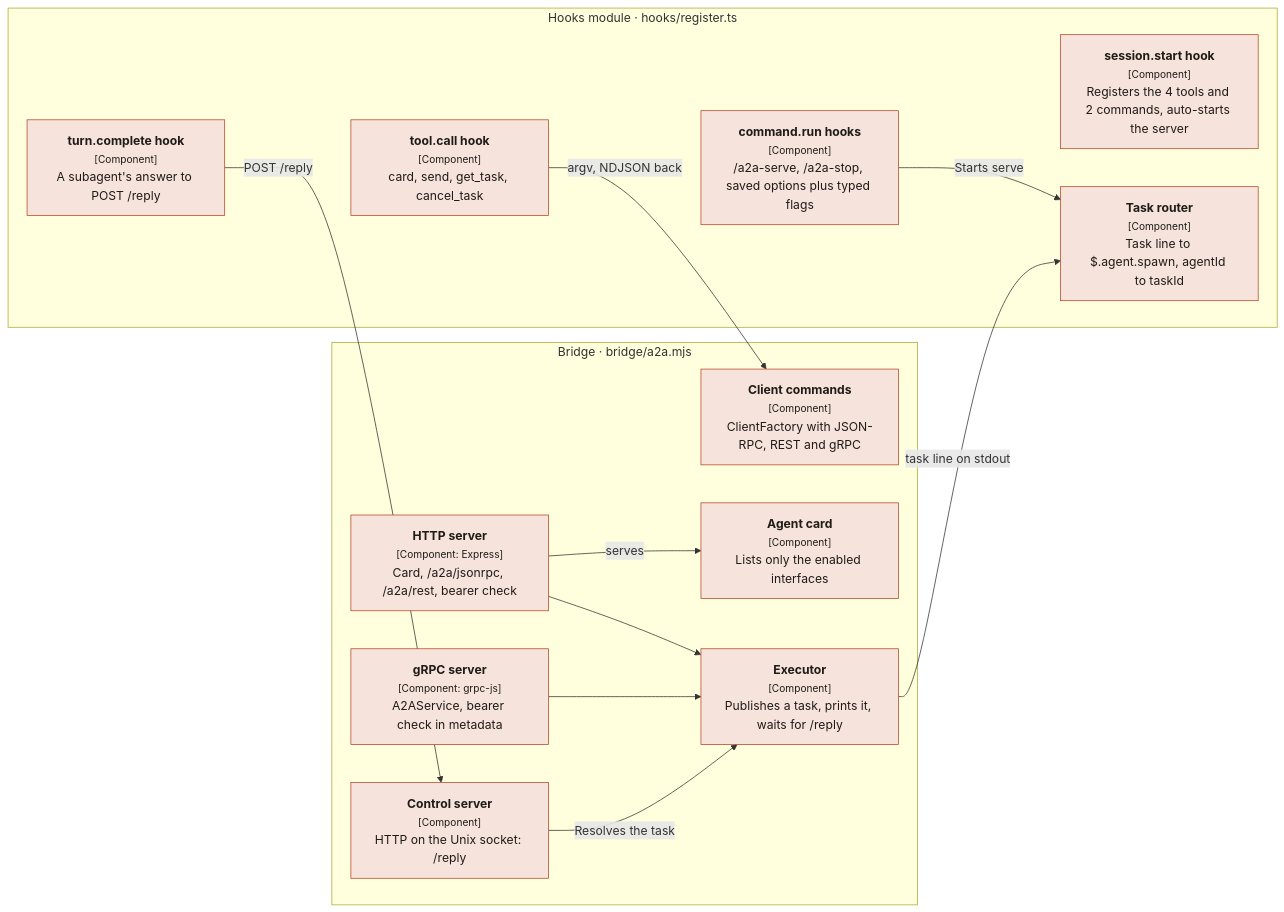
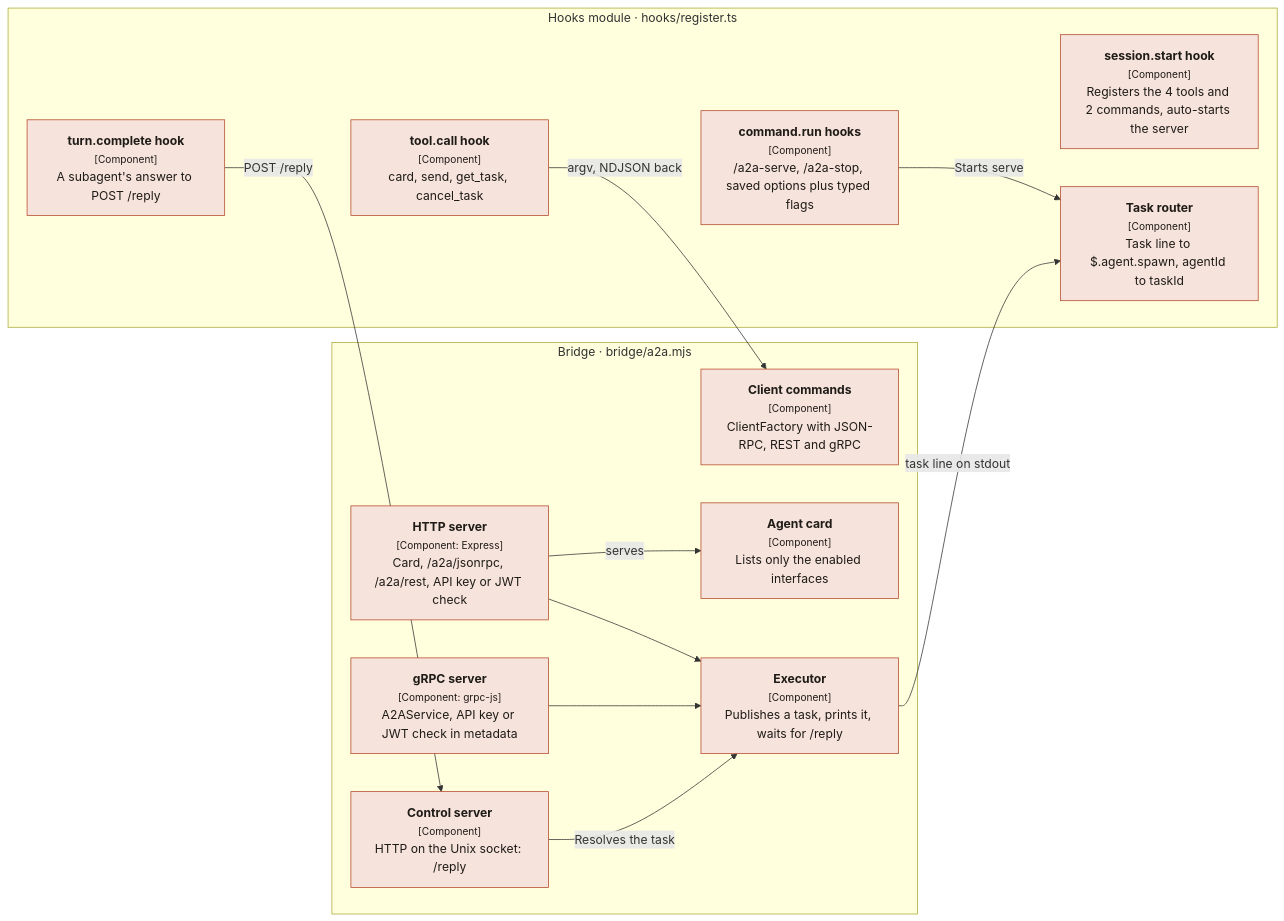
The third of 6 diagrams in docs/architecture.md (fulgas/claude-a2a), drawn with Mermaid before and after one commit. The commit also changed other lines of this file and 5 other files, not shown here.

````diff
--- a/docs/architecture.md
+++ b/docs/architecture.md
@@ -94,31 +94,31 @@
 ```mermaid
 flowchart LR
   subgraph mod["Hooks module · hooks/register.ts"]
     reg["<b>session.start hook</b><br/><small>[Component]</small><br/>Registers the 4 tools and 2 commands, auto-starts the server"]
     tools["<b>tool.call hook</b><br/><small>[Component]</small><br/>card, send, get_task, cancel_task"]
     cmds["<b>command.run hooks</b><br/><small>[Component]</small><br/>/a2a-serve, /a2a-stop, saved options plus typed flags"]
     router["<b>Task router</b><br/><small>[Component]</small><br/>Task line to $.agent.spawn, agentId to taskId"]
     done["<b>turn.complete hook</b><br/><small>[Component]</small><br/>A subagent's answer to POST /reply"]
   end
   subgraph bridge["Bridge · bridge/a2a.mjs"]
     cli["<b>Client commands</b><br/><small>[Component]</small><br/>ClientFactory with JSON-RPC, REST and gRPC"]
     card["<b>Agent card</b><br/><small>[Component]</small><br/>Lists only the enabled interfaces"]
-    http["<b>HTTP server</b><br/><small>[Component: Express]</small><br/>Card, /a2a/jsonrpc, /a2a/rest, bearer check"]
-    grpc["<b>gRPC server</b><br/><small>[Component: grpc-js]</small><br/>A2AService, bearer check in metadata"]
+    http["<b>HTTP server</b><br/><small>[Component: Express]</small><br/>Card, /a2a/jsonrpc, /a2a/rest, API key or JWT check"]
+    grpc["<b>gRPC server</b><br/><small>[Component: grpc-js]</small><br/>A2AService, API key or JWT check in metadata"]
     exec["<b>Executor</b><br/><small>[Component]</small><br/>Publishes a task, prints it, waits for /reply"]
     ctl["<b>Control server</b><br/><small>[Component]</small><br/>HTTP on the Unix socket: /reply"]
   end
   tools -- "argv, NDJSON back" --> cli
   cmds -- "Starts serve" --> router
   http --> exec
   grpc --> exec
   http -- "serves" --> card
   exec -- "task line on stdout" --> router
   done -- "POST /reply" --> ctl
   ctl -- "Resolves the task" --> exec
   classDef person fill:#8E3820,stroke:#6E2A17,color:#fff
   classDef system fill:#B5472A,stroke:#8E3820,color:#fff
   classDef container fill:#F6E4DC,stroke:#B5472A,color:#1F1B17
   classDef external fill:#EDE6DD,stroke:#8A8178,color:#1F1B17
   class reg,tools,cmds,router,done,cli,card,http,grpc,exec,ctl container
 ```
````
